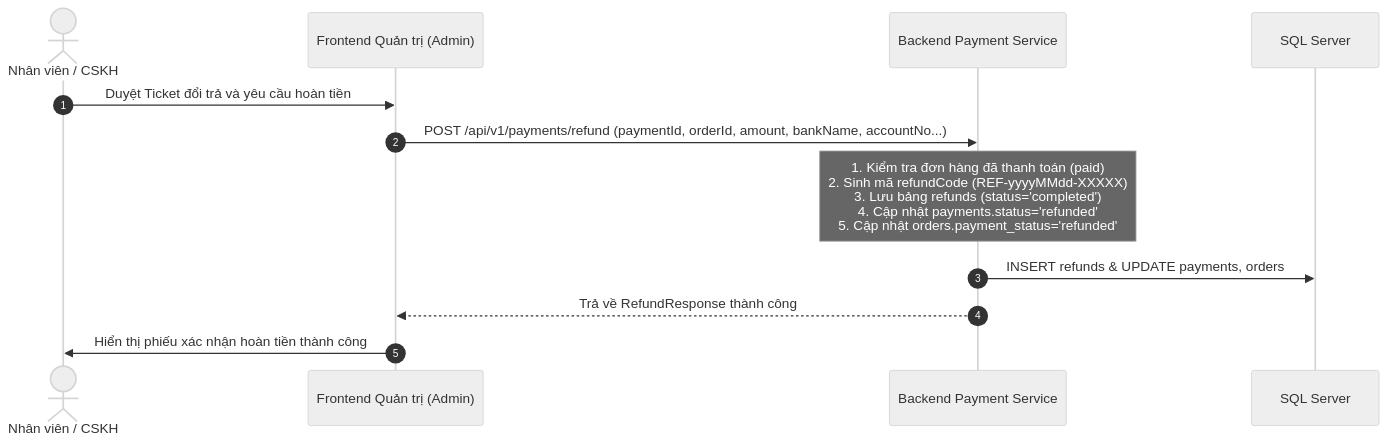
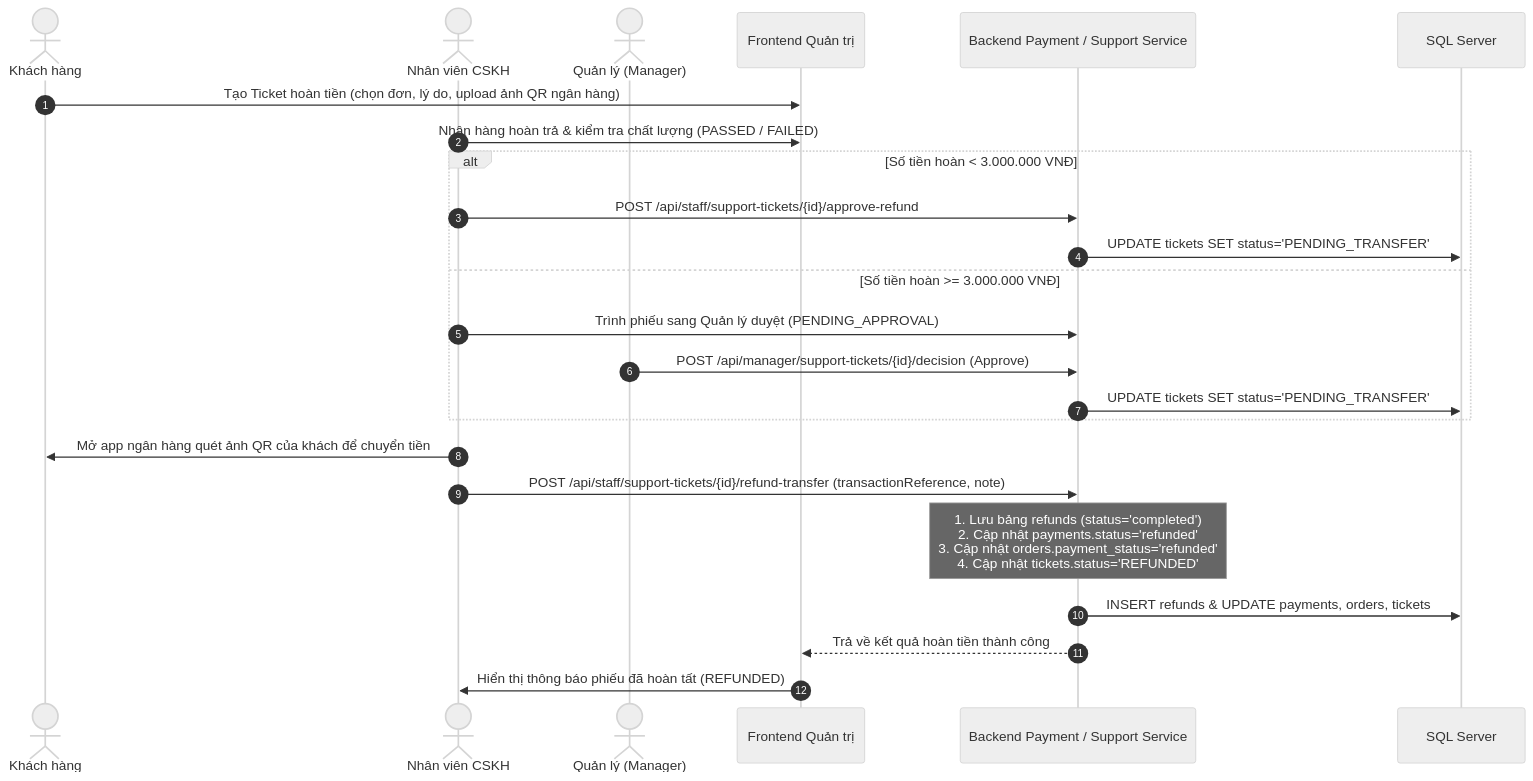
Before and after one commit to Tommy217/SBA301_BadmintonShop_SE1986-JV: the second of 2 diagrams in documents/module/payment/flow.md, drawn with Mermaid (neutral theme). The commit also changed other lines of this file and 70 other files, not shown here.

````diff
--- a/documents/module/payment/flow.md
+++ b/documents/module/payment/flow.md
@@ -91,15 +66,29 @@
 ```mermaid
 sequenceDiagram
     autonumber
-    actor Staff as Nhân viên / CSKH
-    participant FE as Frontend Quản trị (Admin)
-    participant BE as Backend Payment Service
+    actor Customer as Khách hàng
+    actor Staff as Nhân viên CSKH
+    actor Manager as Quản lý (Manager)
+    participant FE as Frontend Quản trị
+    participant BE as Backend Payment / Support Service
     participant DB as SQL Server
 
-    Staff->>FE: Duyệt Ticket đổi trả và yêu cầu hoàn tiền
-    FE->>BE: POST /api/v1/payments/refund (paymentId, orderId, amount, bankName, accountNo...)
-    Note over BE: 1. Kiểm tra đơn hàng đã thanh toán (paid)<br/>2. Sinh mã refundCode (REF-yyyyMMdd-XXXXX)<br/>3. Lưu bảng refunds (status='completed')<br/>4. Cập nhật payments.status='refunded'<br/>5. Cập nhật orders.payment_status='refunded'
-    BE->>DB: INSERT refunds & UPDATE payments, orders
-    BE-->>FE: Trả về RefundResponse thành công
-    FE->>Staff: Hiển thị phiếu xác nhận hoàn tiền thành công
+    Customer->>FE: Tạo Ticket hoàn tiền (chọn đơn, lý do, upload ảnh QR ngân hàng)
+    Staff->>FE: Nhận hàng hoàn trả & kiểm tra chất lượng (PASSED / FAILED)
+    
+    alt Số tiền hoàn < 3.000.000 VNĐ
+        Staff->>BE: POST /api/staff/support-tickets/{id}/approve-refund
+        BE->>DB: UPDATE tickets SET status='PENDING_TRANSFER'
+    else Số tiền hoàn >= 3.000.000 VNĐ
+        Staff->>BE: Trình phiếu sang Quản lý duyệt (PENDING_APPROVAL)
+        Manager->>BE: POST /api/manager/support-tickets/{id}/decision (Approve)
+        BE->>DB: UPDATE tickets SET status='PENDING_TRANSFER'
+    end
+
+    Staff->>Customer: Mở app ngân hàng quét ảnh QR của khách để chuyển tiền
+    Staff->>BE: POST /api/staff/support-tickets/{id}/refund-transfer (transactionReference, note)
+    Note over BE: 1. Lưu bảng refunds (status='completed')<br/>2. Cập nhật payments.status='refunded'<br/>3. Cập nhật orders.payment_status='refunded'<br/>4. Cập nhật tickets.status='REFUNDED'
+    BE->>DB: INSERT refunds & UPDATE payments, orders, tickets
+    BE-->>FE: Trả về kết quả hoàn tiền thành công
+    FE->>Staff: Hiển thị thông báo phiếu đã hoàn tất (REFUNDED)
 ```
````
